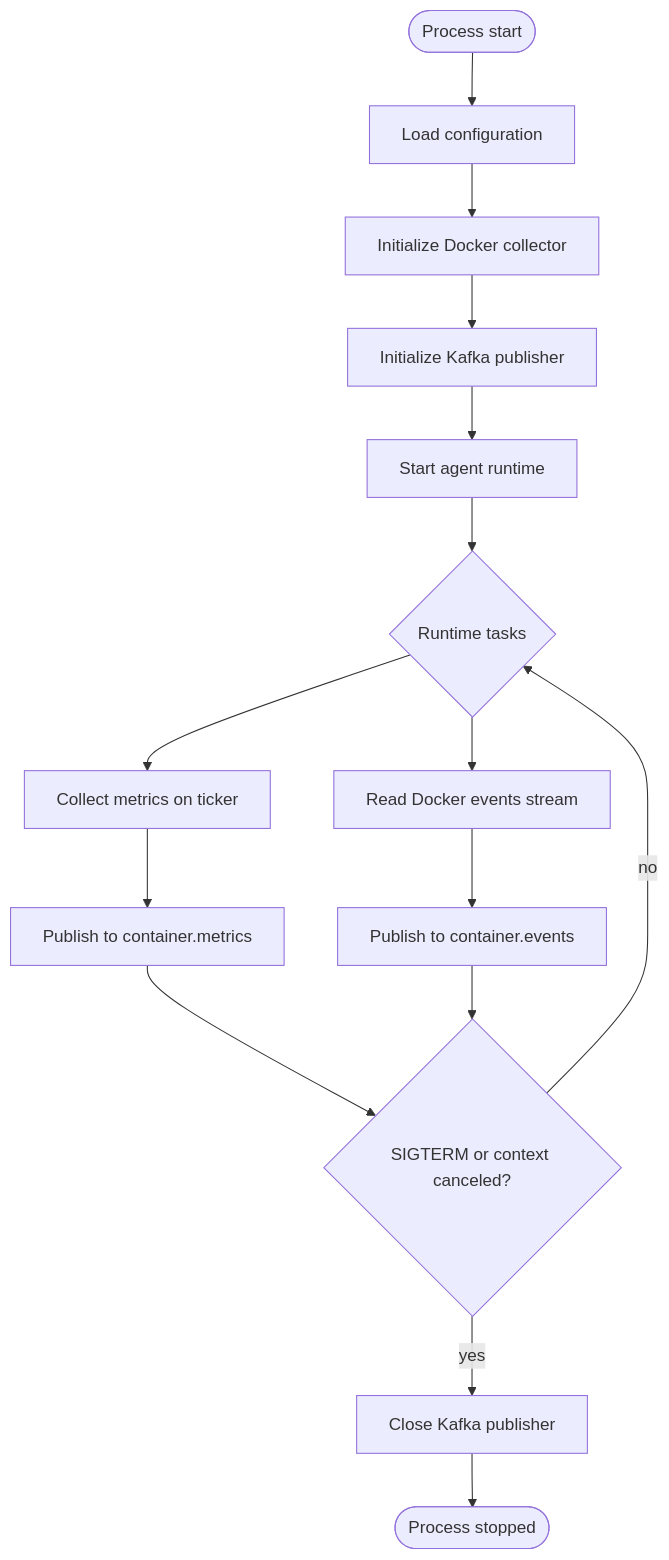
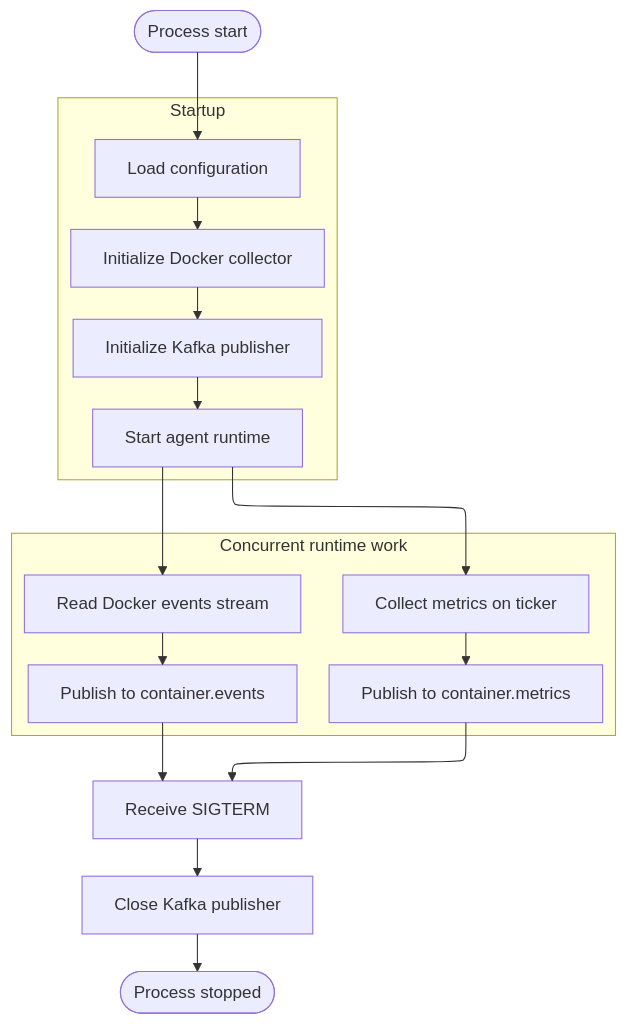
The sixth of 24 diagrams in docs/uml-diagrams.md (MTXIK/container-monitoring), drawn with Mermaid before and after one commit. The commit also changed other lines of this file, not shown here.

Commit message:
update diagrams

````diff
--- a/docs/uml-diagrams.md
+++ b/docs/uml-diagrams.md
@@ -144,22 +160,32 @@
 ```mermaid
+%%{init: {"flowchart": {"defaultRenderer": "elk"}} }%%
 flowchart TB
     Start([Process start])
-    Load["Load configuration"]
-    Collector["Initialize Docker collector"]
-    Publisher["Initialize Kafka publisher"]
-    Runtime["Start agent runtime"]
-    Fork{"Runtime tasks"}
-    Metrics["Collect metrics on ticker"]
-    Events["Read Docker events stream"]
-    PublishMetrics["Publish to container.metrics"]
-    PublishEvents["Publish to container.events"]
-    Signal{"SIGTERM or context canceled?"}
+
+    subgraph Startup["Startup"]
+        direction TB
+        Load["Load configuration"]
+        Collector["Initialize Docker collector"]
+        Publisher["Initialize Kafka publisher"]
+        Runtime["Start agent runtime"]
+    end
+
+    subgraph Work["Concurrent runtime work"]
+        direction TB
+        Metrics["Collect metrics on ticker"]
+        Events["Read Docker events stream"]
+        PublishMetrics["Publish to container.metrics"]
+        PublishEvents["Publish to container.events"]
+    end
+
+    Signal["Receive SIGTERM"]
     Close["Close Kafka publisher"]
     Stop([Process stopped])
 
-    Start --> Load --> Collector --> Publisher --> Runtime --> Fork
-    Fork --> Metrics --> PublishMetrics --> Signal
-    Fork --> Events --> PublishEvents --> Signal
-    Signal -- no --> Fork
-    Signal -- yes --> Close --> Stop
+    Start --> Load --> Collector --> Publisher --> Runtime
+    Runtime --> Metrics --> PublishMetrics
+    Runtime --> Events --> PublishEvents
+    PublishMetrics --> Signal
+    PublishEvents --> Signal
+    Signal --> Close --> Stop
 ```
````
